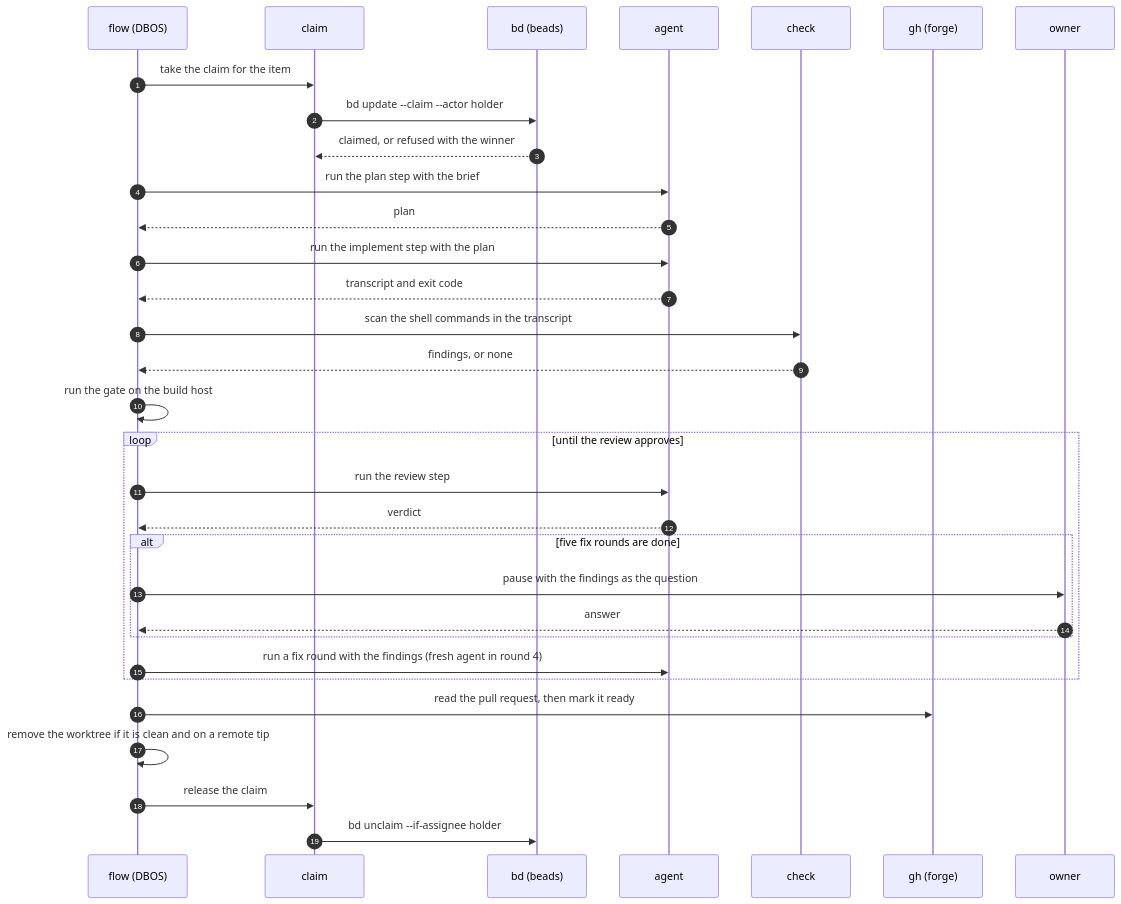
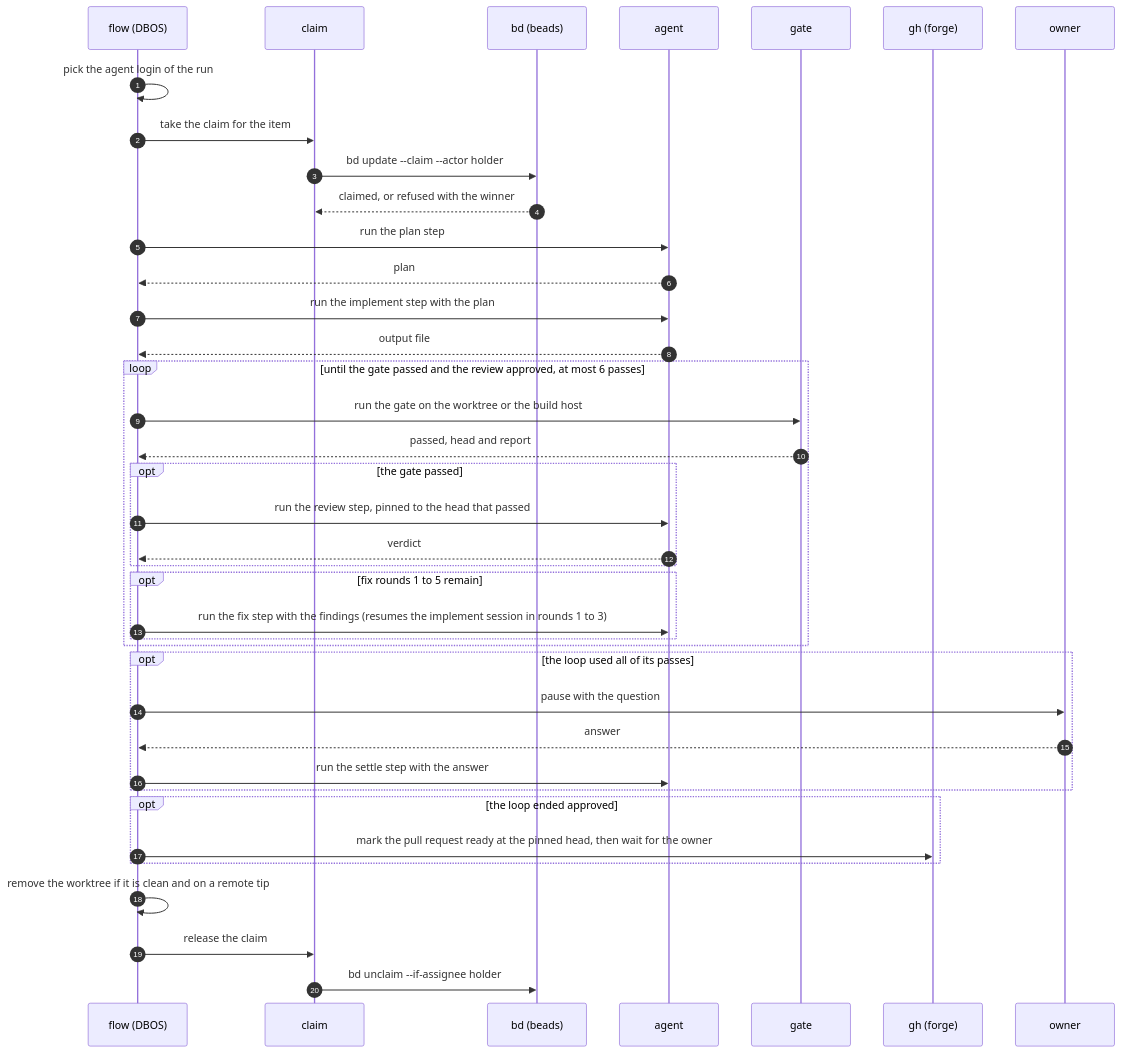
The third of 3 diagrams in docs/architecture.md (tobocop2/beehave), drawn with Mermaid before and after one commit. The commit also changed other lines of this file and 54 other files, not shown here.

````diff
--- a/docs/architecture.md
+++ b/docs/architecture.md
@@ -485,35 +482,42 @@
 ```mermaid
 sequenceDiagram
     autonumber
     participant F as flow (DBOS)
     participant C as claim
     participant B as bd (beads)
     participant A as agent
-    participant K as check
+    participant K as gate
     participant G as gh (forge)
     participant O as owner
 
+    F->>F: pick the agent login of the run
     F->>C: take the claim for the item
     C->>B: bd update --claim --actor holder
     B-->>C: claimed, or refused with the winner
-    F->>A: run the plan step with the brief
+    F->>A: run the plan step
     A-->>F: plan
     F->>A: run the implement step with the plan
-    A-->>F: transcript and exit code
-    F->>K: scan the shell commands in the transcript
-    K-->>F: findings, or none
-    F->>F: run the gate on the build host
-    loop until the review approves
-        F->>A: run the review step
-        A-->>F: verdict
-        alt five fix rounds are done
-            F->>O: pause with the findings as the question
-            O-->>F: answer
+    A-->>F: output file
+    loop until the gate passed and the review approved, at most 6 passes
+        F->>K: run the gate on the worktree or the build host
+        K-->>F: passed, head and report
+        opt the gate passed
+            F->>A: run the review step, pinned to the head that passed
+            A-->>F: verdict
         end
-        F->>A: run a fix round with the findings (fresh agent in round 4)
+        opt fix rounds 1 to 5 remain
+            F->>A: run the fix step with the findings (resumes the implement session in rounds 1 to 3)
+        end
     end
-    F->>G: read the pull request, then mark it ready
+    opt the loop used all of its passes
+        F->>O: pause with the question
+        O-->>F: answer
+        F->>A: run the settle step with the answer
+    end
+    opt the loop ended approved
+        F->>G: mark the pull request ready at the pinned head, then wait for the owner
+    end
     F->>F: remove the worktree if it is clean and on a remote tip
     F->>C: release the claim
     C->>B: bd unclaim --if-assignee holder
 ```
````
